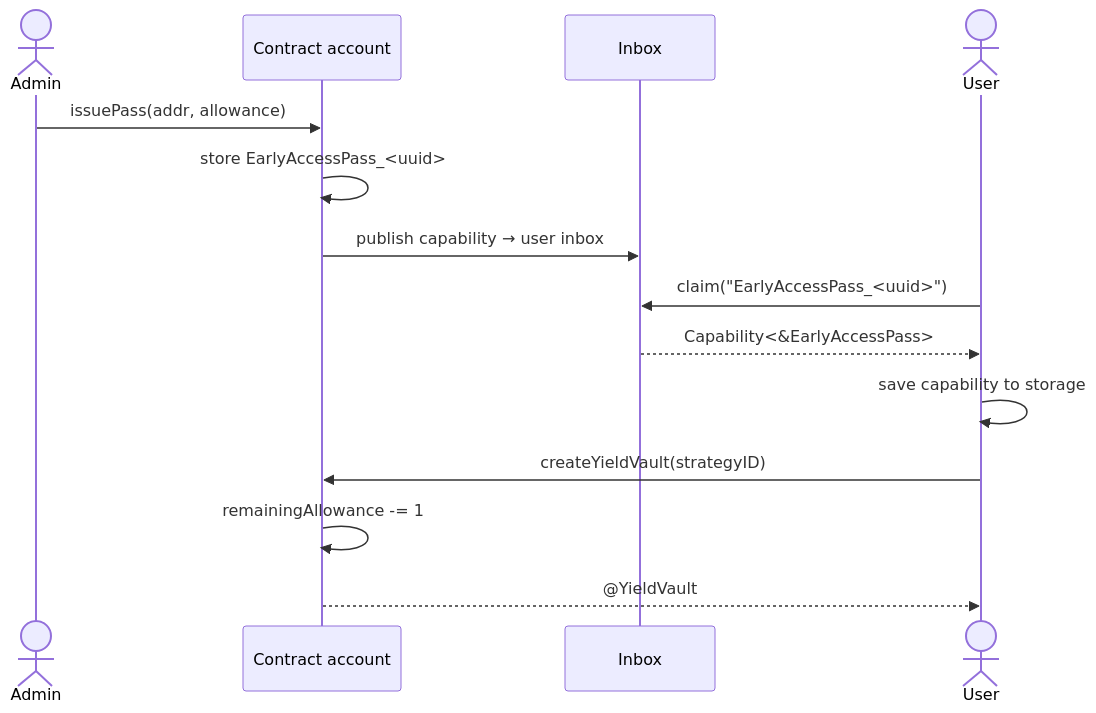
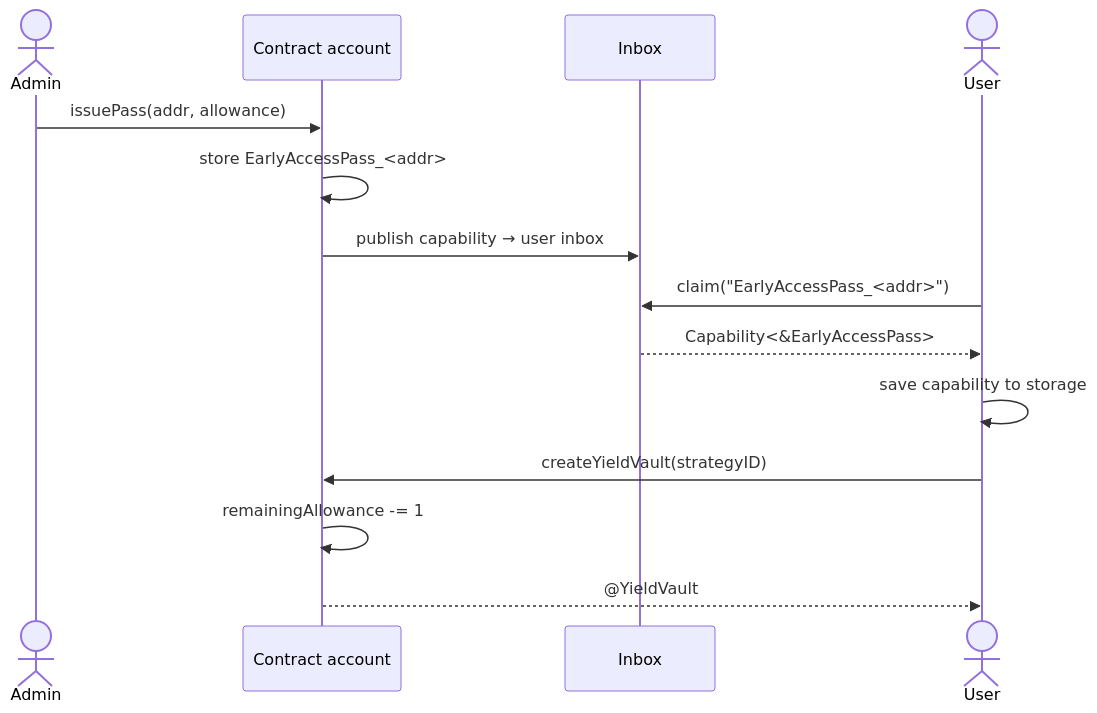
The first of 2 diagrams in docs/flow_yield_vaults_early_access.md (onflow/flow-credit-markets-old), drawn with Mermaid before and after one commit. The commit also changed other lines of this file and 10 other files, not shown here.

Commit message:
Early access passes by address instead of UUID

````diff
--- a/docs/flow_yield_vaults_early_access.md
+++ b/docs/flow_yield_vaults_early_access.md
@@ -34,17 +34,17 @@
 ```mermaid
 sequenceDiagram
     actor Admin
     participant Contract as Contract account
     participant Inbox
     actor User
 
     Admin->>Contract: issuePass(addr, allowance)
-    Contract->>Contract: store EarlyAccessPass_<uuid>
+    Contract->>Contract: store EarlyAccessPass_<addr>
     Contract->>Inbox: publish capability → user inbox
-    User->>Inbox: claim("EarlyAccessPass_<uuid>")
+    User->>Inbox: claim("EarlyAccessPass_<addr>")
     Inbox-->>User: Capability<&EarlyAccessPass>
     User->>User: save capability to storage
     User->>Contract: createYieldVault(strategyID)
     Contract->>Contract: remainingAllowance -= 1
     Contract-->>User: @YieldVault
 ```
````
